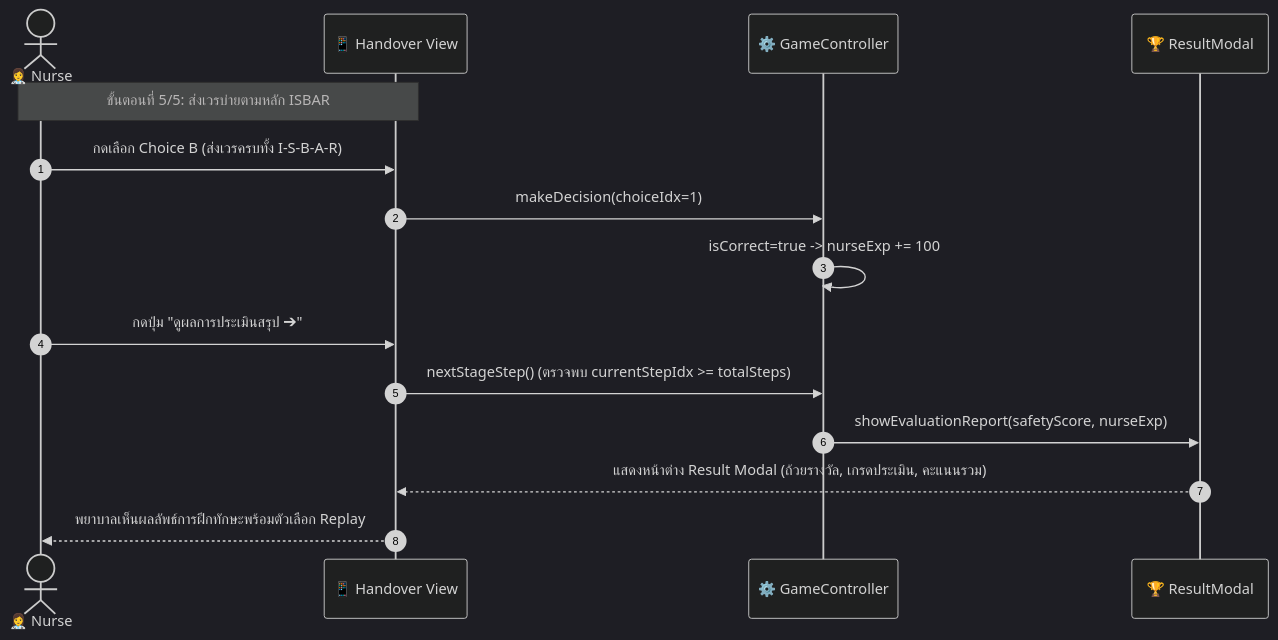
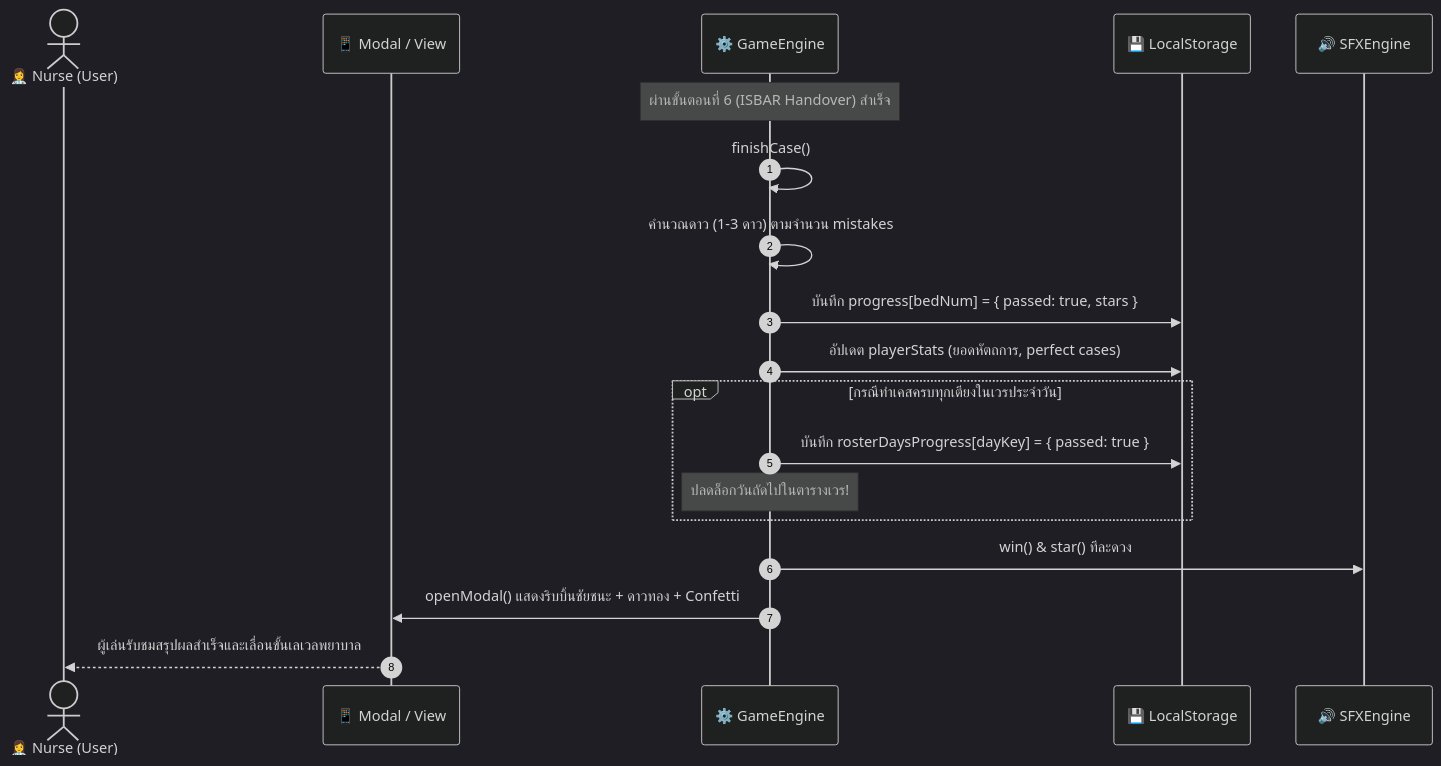
Before and after one commit to superxsiwa/a-ward: the fourth of 5 diagrams in docs/SEQUENCE_DIAGRAMS.md, drawn with Mermaid (dark theme). The commit also changed other lines of this file and 3 other files, not shown here.

````diff
--- a/docs/SEQUENCE_DIAGRAMS.md
+++ b/docs/SEQUENCE_DIAGRAMS.md
@@ -153,18 +109,24 @@
 ```mermaid
 sequenceDiagram
     autonumber
-    actor Nurse as 👩‍⚕️ Nurse
-    participant UI as 📱 Handover View
-    participant Game as ⚙️ GameController
-    participant Modal as 🏆 ResultModal
+    actor Nurse as 👩‍⚕️ Nurse (User)
+    participant UI as 📱 Modal / View
+    participant Engine as ⚙️ GameEngine
+    participant Storage as 💾 LocalStorage
+    participant SFX as 🔊 SFXEngine
 
-    Note over Nurse, UI: ขั้นตอนที่ 5/5: ส่งเวรบ่ายตามหลัก ISBAR
-    Nurse ->> UI: กดเลือก Choice B (ส่งเวรครบทั้ง I-S-B-A-R)
-    UI ->> Game: makeDecision(choiceIdx=1)
-    Game ->> Game: isCorrect=true -> nurseExp += 100
-    Nurse ->> UI: กดปุ่ม "ดูผลการประเมินสรุป ➔"
-    UI ->> Game: nextStageStep() (ตรวจพบ currentStepIdx >= totalSteps)
-    Game ->> Modal: showEvaluationReport(safetyScore, nurseExp)
-    Modal -->> UI: แสดงหน้าต่าง Result Modal (ถ้วยรางวัล, เกรดประเมิน, คะแนนรวม)
-    UI -->> Nurse: พยาบาลเห็นผลลัพธ์การฝึกทักษะพร้อมตัวเลือก Replay
+    Note over Engine: ผ่านขั้นตอนที่ 6 (ISBAR Handover) สำเร็จ
+    Engine ->> Engine: finishCase()
+    Engine ->> Engine: คำนวณดาว (1-3 ดาว) ตามจำนวน mistakes
+    Engine ->> Storage: บันทึก progress[bedNum] = { passed: true, stars }
+    Engine ->> Storage: อัปเดต playerStats (ยอดหัตถการ, perfect cases)
+
+    opt กรณีทำเคสครบทุกเตียงในเวรประจำวัน
+        Engine ->> Storage: บันทึก rosterDaysProgress[dayKey] = { passed: true }
+        Note over Engine: ปลดล็อกวันถัดไปในตารางเวร!
+    end
+
+    Engine ->> SFX: win() & star() ทีละดวง
+    Engine ->> UI: openModal() แสดงริบบิ้นชัยชนะ + ดาวทอง + Confetti
+    UI -->> Nurse: ผู้เล่นรับชมสรุปผลสำเร็จและเลื่อนขั้นเลเวลพยาบาล
 ```
````
